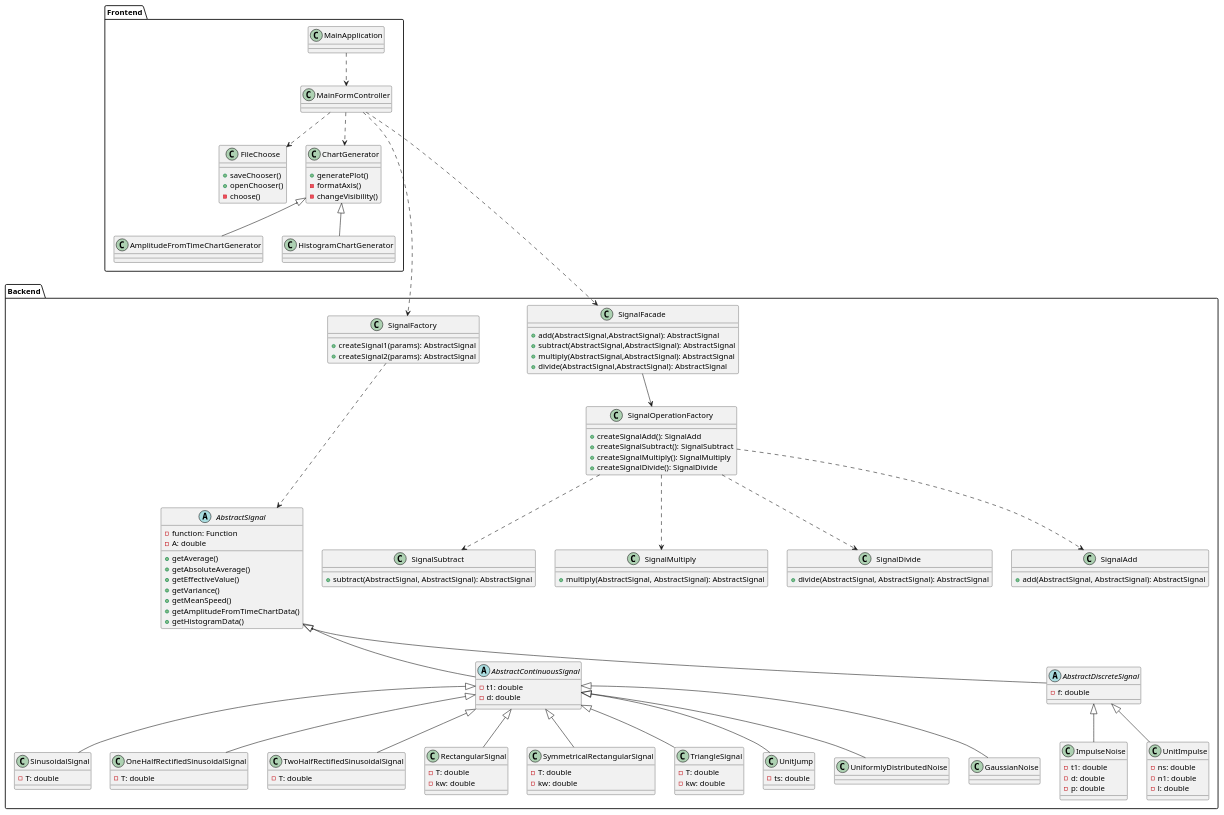
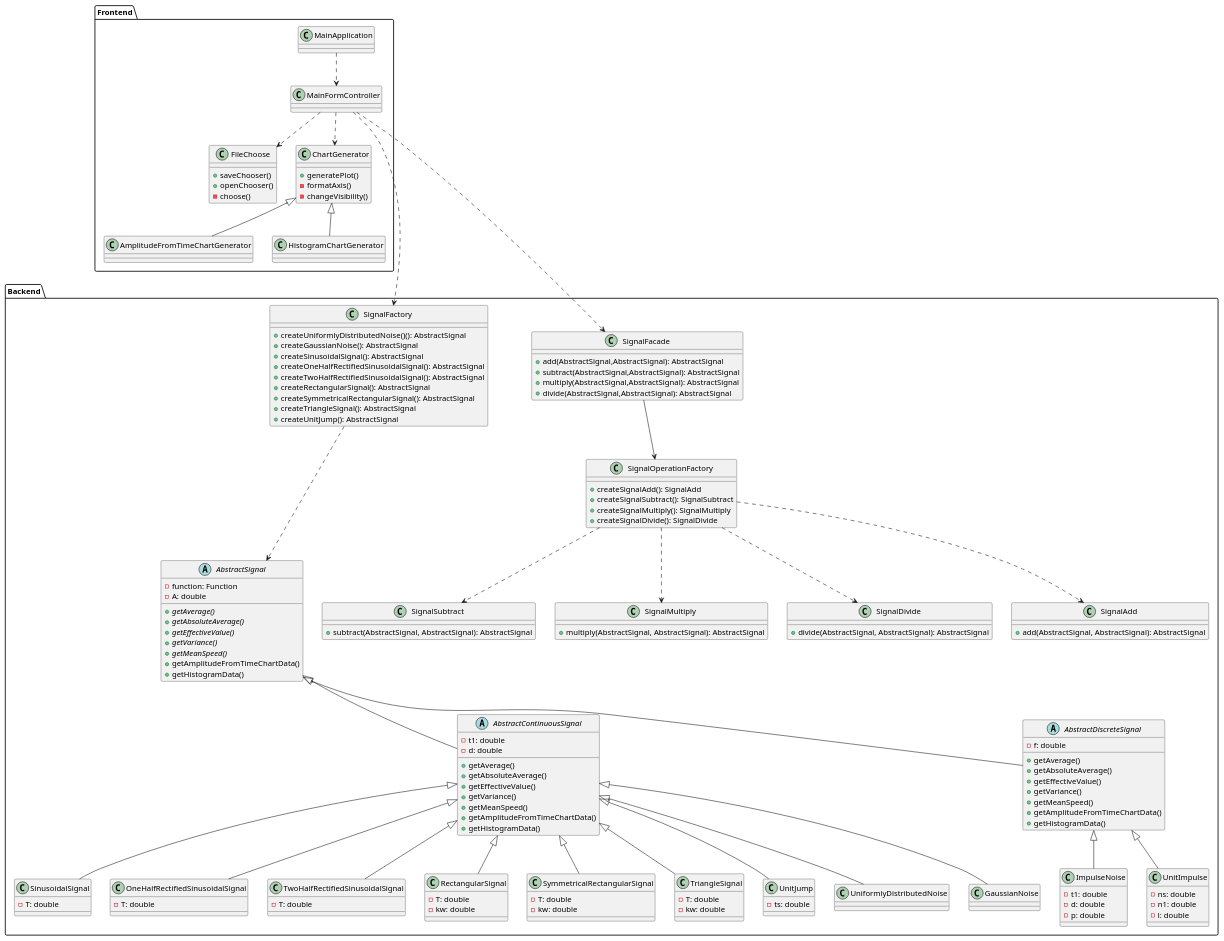
One commit to RadekBucki/DigitalSignalProcessing changed the diagram in README.md. Above: the diagram before and after it, drawn with PlantUML.

Commit message:
Make methods abstract

````diff
--- a/README.md
+++ b/README.md
@@ -5,14 +5,33 @@
 ```plantuml
 package Backend {
     class SignalFactory {
-        + createSignal1(params): AbstractSignal
-        + createSignal2(params): AbstractSignal
+        + createUniformlyDistributedNoise()(): AbstractSignal
+        + createGaussianNoise(): AbstractSignal
+        + createSinusoidalSignal(): AbstractSignal
+        + createOneHalfRectifiedSinusoidalSignal(): AbstractSignal
+        + createTwoHalfRectifiedSinusoidalSignal(): AbstractSignal
+        + createRectangularSignal(): AbstractSignal
+        + createSymmetricalRectangularSignal(): AbstractSignal
+        + createTriangleSignal(): AbstractSignal
+        + createUnitJump(): AbstractSignal
     }
     SignalFactory ...> AbstractSignal
     
     abstract class AbstractSignal {
         - function: Function
         - A: double
+        + {abstract} getAverage()
+        + {abstract} getAbsoluteAverage()
+        + {abstract} getEffectiveValue()
+        + {abstract} getVariance()
+        + {abstract} getMeanSpeed()
+        + getAmplitudeFromTimeChartData()
+        + getHistogramData()
+    }
+    
+    abstract class AbstractContinuousSignal {
+        - t1: double
+        - d: double
         + getAverage()
         + getAbsoluteAverage()
         + getEffectiveValue()
@@ -21,13 +40,15 @@
         + getAmplitudeFromTimeChartData()
         + getHistogramData()
     }
-    
-    abstract class AbstractContinuousSignal {
-        - t1: double
-        - d: double
-    }
     abstract class AbstractDiscreteSignal {
         - f: double
+        + getAverage()
+        + getAbsoluteAverage()
+        + getEffectiveValue()
+        + getVariance()
+        + getMeanSpeed()
+        + getAmplitudeFromTimeChartData()
+        + getHistogramData()
     }
     
     AbstractSignal <|-- AbstractContinuousSignal
````
